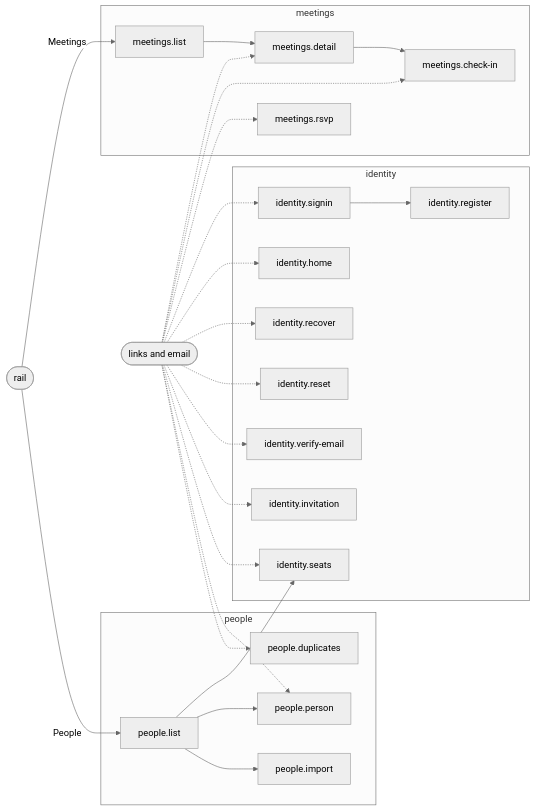
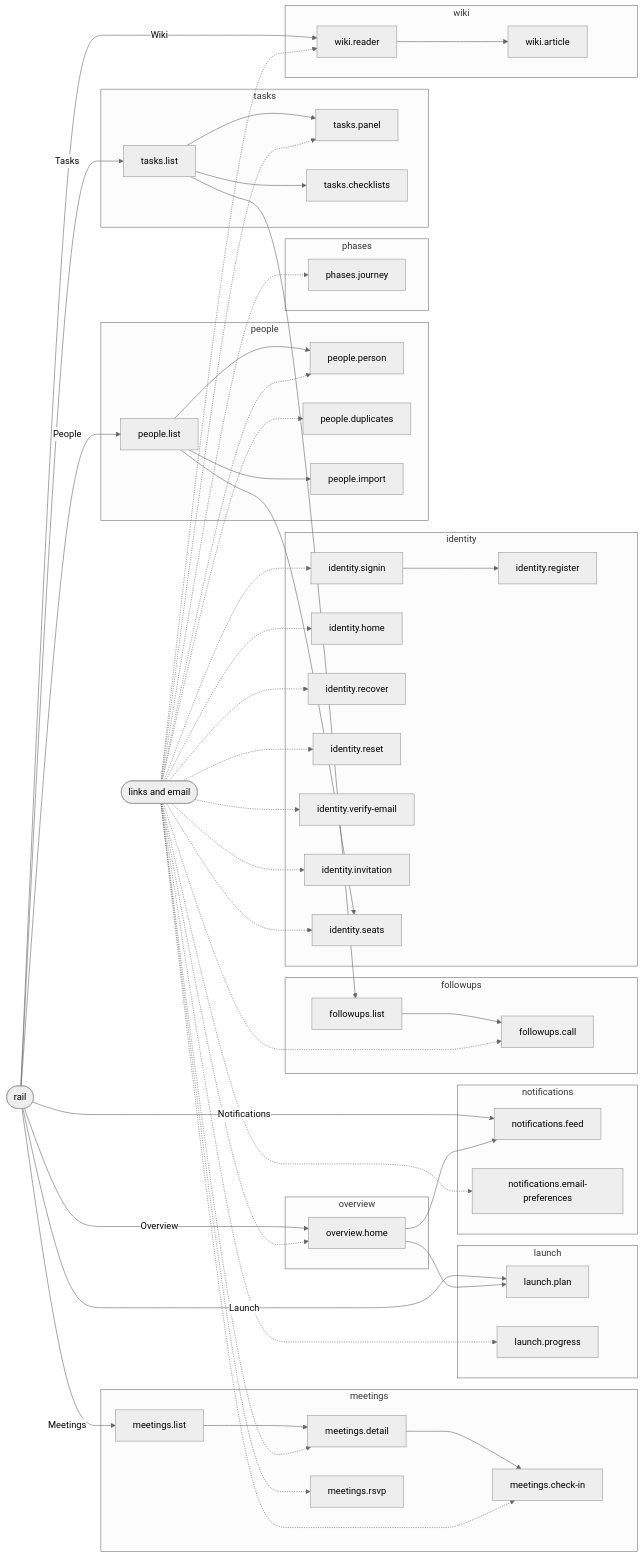
The diagram in docs/feature-maps/README.md (SebastianGarces/everyfield), drawn with Mermaid (neutral theme) before and after one commit. The commit also changed other lines of this file and 18 other files, not shown here.

First line of the commit message:
Rule 8: feature maps for tasks, follow-ups, notifications, wiki, overview, phases and launch (#830)

````diff
--- a/docs/feature-maps/README.md
+++ b/docs/feature-maps/README.md
@@ -12,46 +12,92 @@
 flowchart LR
   rail(["rail"])
   links(["links and email"])
-  subgraph f0["identity"]
-    f0s0["identity.signin"]
-    f0s1["identity.home"]
-    f0s2["identity.register"]
-    f0s3["identity.recover"]
-    f0s4["identity.reset"]
-    f0s5["identity.verify-email"]
-    f0s6["identity.invitation"]
-    f0s7["identity.seats"]
+  subgraph f0["followups"]
+    f0s0["followups.list"]
+    f0s1["followups.call"]
   end
-  subgraph f1["meetings"]
-    f1s0["meetings.list"]
-    f1s1["meetings.detail"]
-    f1s2["meetings.check-in"]
-    f1s3["meetings.rsvp"]
+  subgraph f1["identity"]
+    f1s0["identity.signin"]
+    f1s1["identity.home"]
+    f1s2["identity.register"]
+    f1s3["identity.recover"]
+    f1s4["identity.reset"]
+    f1s5["identity.verify-email"]
+    f1s6["identity.invitation"]
+    f1s7["identity.seats"]
   end
-  subgraph f2["people"]
-    f2s0["people.list"]
-    f2s1["people.person"]
-    f2s2["people.duplicates"]
-    f2s3["people.import"]
+  subgraph f2["launch"]
+    f2s0["launch.plan"]
+    f2s1["launch.progress"]
   end
-  links -.-> f0s0
+  subgraph f3["meetings"]
+    f3s0["meetings.list"]
+    f3s1["meetings.detail"]
+    f3s2["meetings.check-in"]
+    f3s3["meetings.rsvp"]
+  end
+  subgraph f4["notifications"]
+    f4s0["notifications.feed"]
+    f4s1["notifications.email-preferences"]
+  end
+  subgraph f5["overview"]
+    f5s0["overview.home"]
+  end
+  subgraph f6["people"]
+    f6s0["people.list"]
+    f6s1["people.person"]
+    f6s2["people.duplicates"]
+    f6s3["people.import"]
+  end
+  subgraph f7["phases"]
+    f7s0["phases.journey"]
+  end
+  subgraph f8["tasks"]
+    f8s0["tasks.list"]
+    f8s1["tasks.panel"]
+    f8s2["tasks.checklists"]
+  end
+  subgraph f9["wiki"]
+    f9s0["wiki.reader"]
+    f9s1["wiki.article"]
+  end
+  f8s0 --> f0s0
+  f0s0 --> f0s1
   links -.-> f0s1
-  f0s0 --> f0s2
-  links -.-> f0s3
-  links -.-> f0s4
-  links -.-> f0s5
-  links -.-> f0s6
-  f2s0 --> f0s7
-  links -.-> f0s7
-  rail -- "Meetings" --> f1s0
-  f1s0 --> f1s1
+  links -.-> f1s0
   links -.-> f1s1
-  f1s1 --> f1s2
-  links -.-> f1s2
+  f1s0 --> f1s2
   links -.-> f1s3
-  rail -- "People" --> f2s0
-  f2s0 --> f2s1
+  links -.-> f1s4
+  links -.-> f1s5
+  links -.-> f1s6
+  f6s0 --> f1s7
+  links -.-> f1s7
+  rail -- "Launch" --> f2s0
+  f5s0 --> f2s0
   links -.-> f2s1
-  links -.-> f2s2
-  f2s0 --> f2s3
+  rail -- "Meetings" --> f3s0
+  f3s0 --> f3s1
+  links -.-> f3s1
+  f3s1 --> f3s2
+  links -.-> f3s2
+  links -.-> f3s3
+  rail -- "Notifications" --> f4s0
+  f5s0 --> f4s0
+  links -.-> f4s1
+  rail -- "Overview" --> f5s0
+  links -.-> f5s0
+  rail -- "People" --> f6s0
+  f6s0 --> f6s1
+  links -.-> f6s1
+  links -.-> f6s2
+  f6s0 --> f6s3
+  links -.-> f7s0
+  rail -- "Tasks" --> f8s0
+  f8s0 --> f8s1
+  links -.-> f8s1
+  f8s0 --> f8s2
+  rail -- "Wiki" --> f9s0
+  links -.-> f9s0
+  f9s0 --> f9s1
 ```
````
